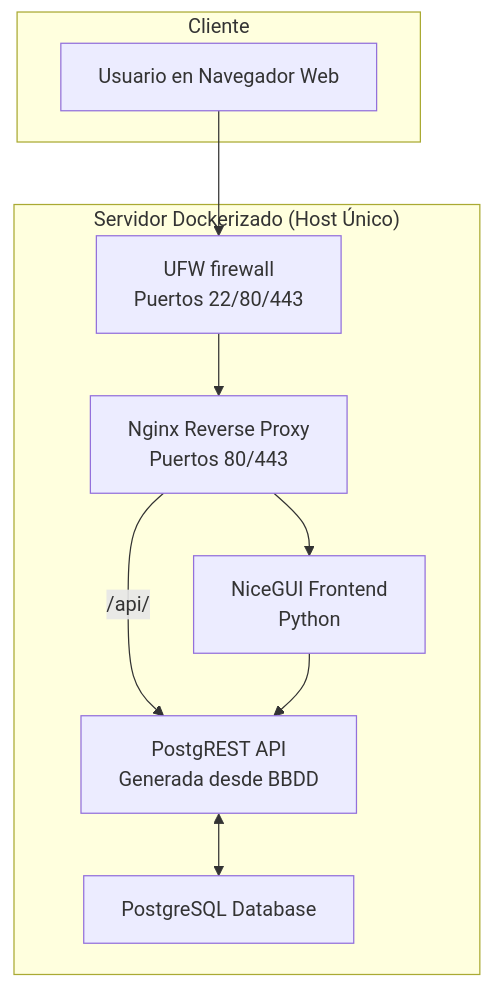
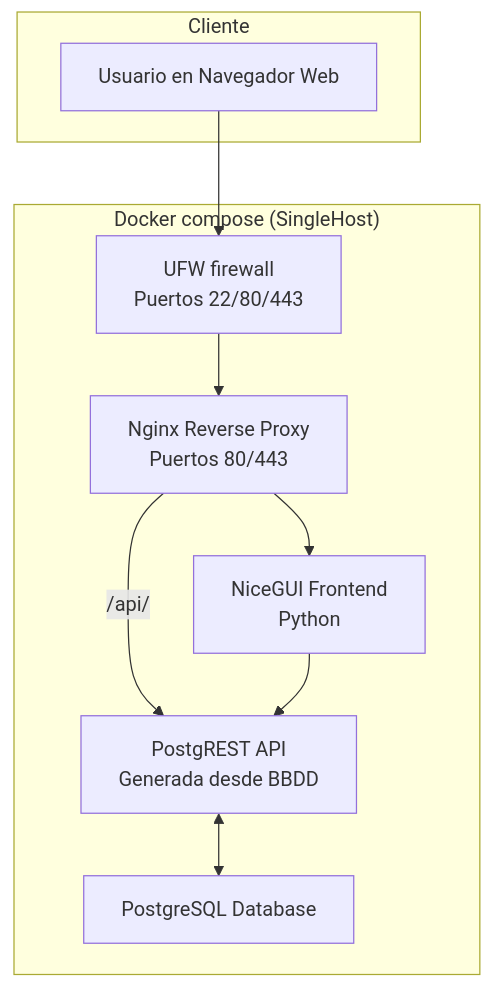
One commit to maiktreya/tenantsUnion changed the diagram in readme.md. Above: the diagram before and after it, drawn with Mermaid.

````diff
--- a/readme.md
+++ b/readme.md
@@ -12,21 +12,21 @@
 ```mermaid
 graph TD
     subgraph "Cliente"
         A[Usuario en Navegador Web]
     end
 
-    subgraph "Servidor Dockerizado (Host Único)"
+    subgraph "Docker compose (SingleHost)"
         B[UFW firewall <br> Puertos 22/80/443]
         C[Nginx Reverse Proxy <br> Puertos 80/443]
         D[NiceGUI Frontend <br> Python]
         E[PostgREST API <br> Generada desde BBDD]
         F[PostgreSQL Database]
     end
 
     A --> B
     B --> C
     C --> D
     C --"/api/"--> E
     D --> E
     E <--> F
 ```
````
